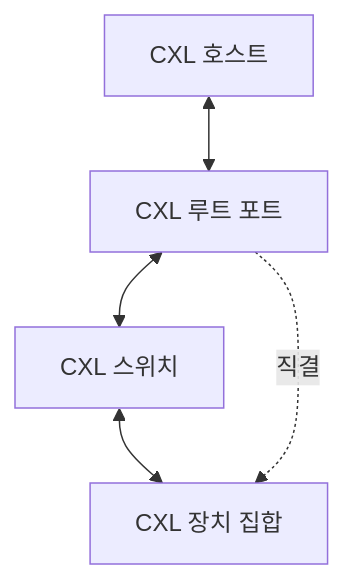
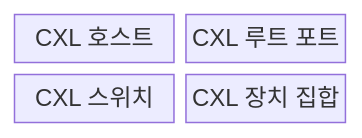
Before and after one commit to agnusdei1207/knowledge-base: the first of 2 diagrams in src/content/docs/notes/02-hardware/028_cxl.md, drawn with Mermaid. The commit also changed other lines of this file and 20 other files, not shown here.

````diff
--- a/src/content/docs/notes/02-hardware/028_cxl.md
+++ b/src/content/docs/notes/02-hardware/028_cxl.md
@@ -65,7 +63,8 @@
 ```mermaid
-flowchart TB
-    H["CXL 호스트"] <--> R["CXL 루트 포트"]
-    R <--> S["CXL 스위치"]
-    S <--> D["CXL 장치 집합"]
-    R -. "직결" .-> D
+block
+    columns 2
+    H["CXL 호스트"]
+    R["CXL 루트 포트"]
+    S["CXL 스위치"]
+    D["CXL 장치 집합"]
 ```
````
